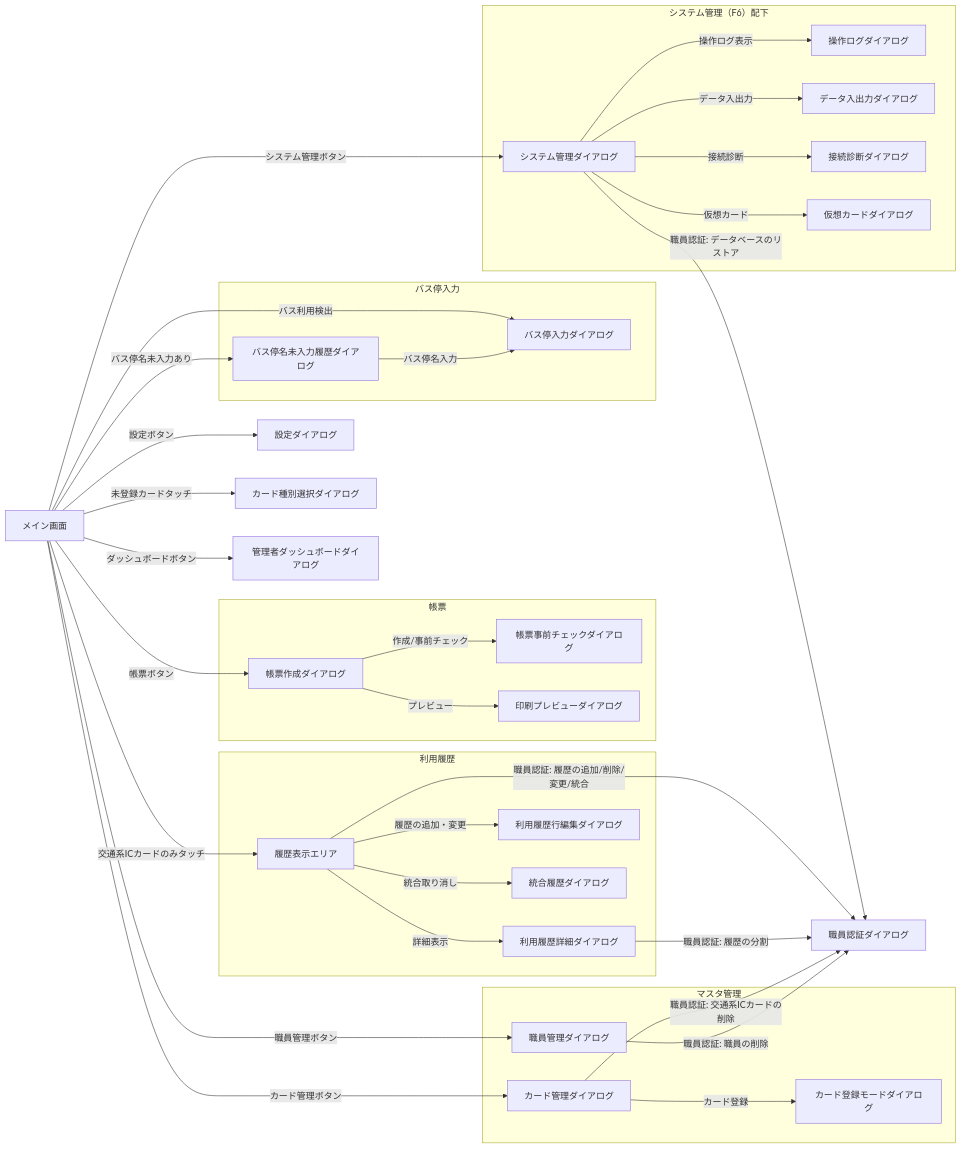
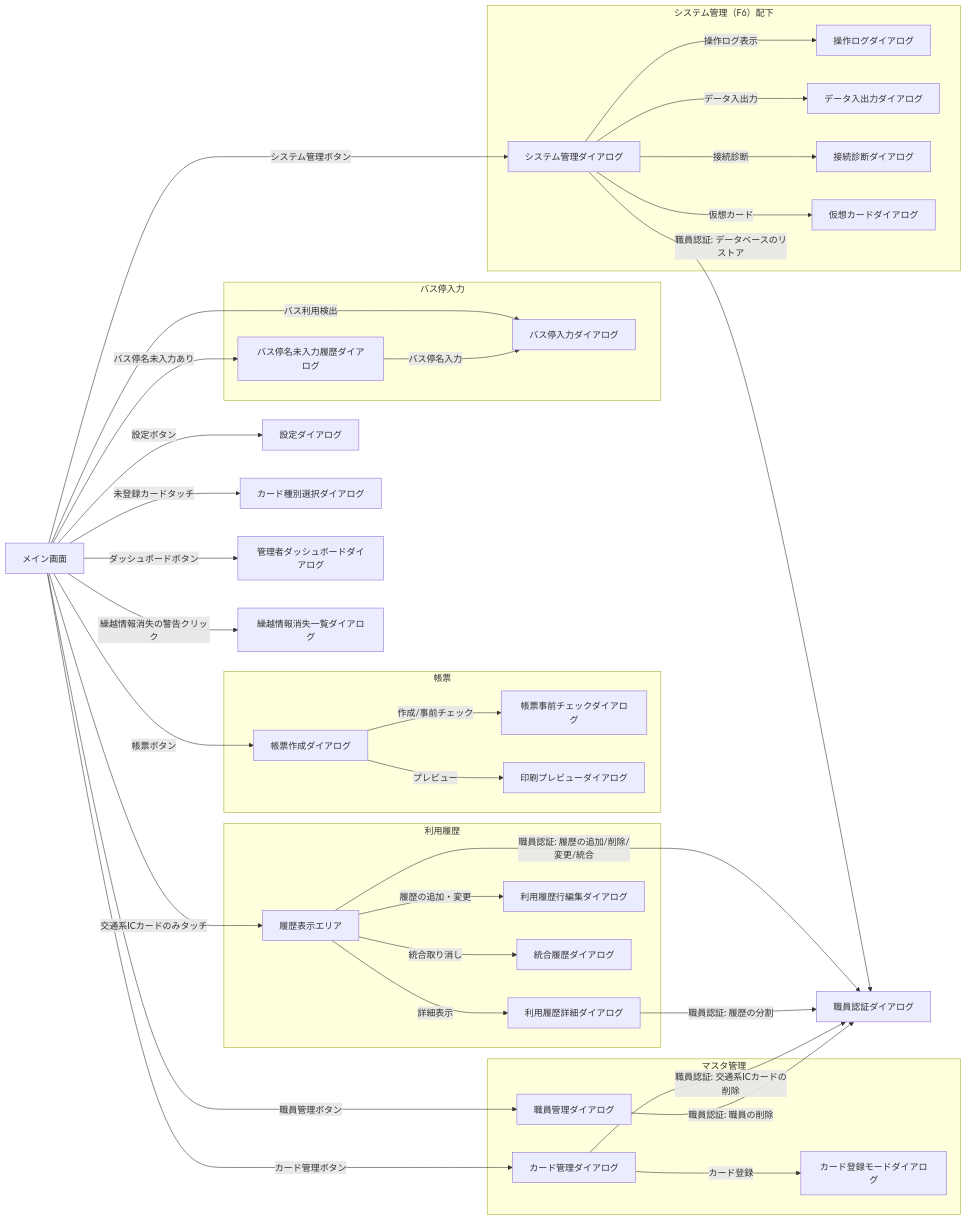
Before and after one commit to kuwayamamasayuki/ICCardManager: the first of 2 diagrams in ICCardManager/docs/design/03_画面設計書.md, drawn with Mermaid. The commit also changed other lines of this file and 20 other files, not shown here.

````diff
--- a/ICCardManager/docs/design/03_画面設計書.md
+++ b/ICCardManager/docs/design/03_画面設計書.md
@@ -18,69 +18,72 @@
 ```mermaid
 graph LR
     MAIN[メイン画面]
     SETTINGS[設定ダイアログ]
     CARDTYPE[カード種別選択ダイアログ]
     STAFFAUTH[職員認証ダイアログ]
     ADMINDASH[管理者ダッシュボードダイアログ]
 
     subgraph SG_MASTER[マスタ管理]
         STAFF[職員管理ダイアログ]
         CARD[カード管理ダイアログ]
         CARDREGMODE[カード登録モードダイアログ]
     end
 
     subgraph SG_HISTORY[利用履歴]
         HISTORY[履歴表示エリア]
         LEDGERDETAIL[利用履歴詳細ダイアログ]
         LEDGERROWEDIT[利用履歴行編集ダイアログ]
         MERGEHIST[統合履歴ダイアログ]
     end
 
     subgraph SG_REPORT[帳票]
         REPORT[帳票作成ダイアログ]
         PREFLIGHT[帳票事前チェックダイアログ]
         PREVIEW[印刷プレビューダイアログ]
     end
 
     subgraph SG_BUSSTOP[バス停入力]
         BUSSTOP[バス停入力ダイアログ]
         INCBUSSTOP[バス停名未入力履歴ダイアログ]
     end
 
+    CARRYLOSS[繰越情報消失一覧ダイアログ]
+
     subgraph SG_SYSTEM[システム管理（F6）配下]
         SYSMGMT[システム管理ダイアログ]
         OPLOG[操作ログダイアログ]
         DATAEXIMP[データ入出力ダイアログ]
         DIAG[接続診断ダイアログ]
         VIRTUALCARD[仮想カードダイアログ]
     end
 
     MAIN -->|職員管理ボタン| STAFF
     MAIN -->|カード管理ボタン| CARD
     MAIN -->|設定ボタン| SETTINGS
     MAIN -->|帳票ボタン| REPORT
     MAIN -->|システム管理ボタン| SYSMGMT
     MAIN -->|ダッシュボードボタン| ADMINDASH
     MAIN -->|交通系ICカードのみタッチ| HISTORY
     MAIN -->|バス利用検出| BUSSTOP
     MAIN -->|未登録カードタッチ| CARDTYPE
     MAIN -->|バス停名未入力あり| INCBUSSTOP
+    MAIN -->|繰越情報消失の警告クリック| CARRYLOSS
 
     CARD -->|カード登録| CARDREGMODE
     HISTORY -->|詳細表示| LEDGERDETAIL
     HISTORY -->|履歴の追加・変更| LEDGERROWEDIT
     HISTORY -->|統合取り消し| MERGEHIST
     REPORT -->|作成/事前チェック| PREFLIGHT
     REPORT -->|プレビュー| PREVIEW
     INCBUSSTOP -->|バス停名入力| BUSSTOP
     SYSMGMT -->|操作ログ表示| OPLOG
     SYSMGMT -->|データ入出力| DATAEXIMP
     SYSMGMT -->|接続診断| DIAG
     SYSMGMT -->|仮想カード| VIRTUALCARD
 
     CARD -->|職員認証: 交通系ICカードの削除| STAFFAUTH
     STAFF -->|職員認証: 職員の削除| STAFFAUTH
     HISTORY -->|職員認証: 履歴の追加/削除/変更/統合| STAFFAUTH
     LEDGERDETAIL -->|職員認証: 履歴の分割| STAFFAUTH
     SYSMGMT -->|職員認証: データベースのリストア| STAFFAUTH
 ```
````
